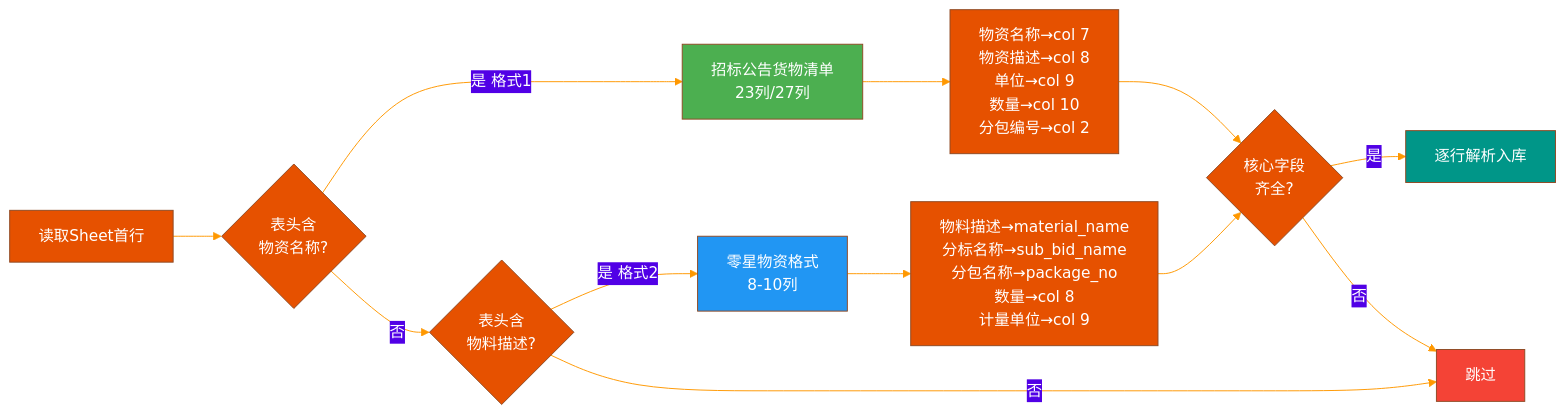
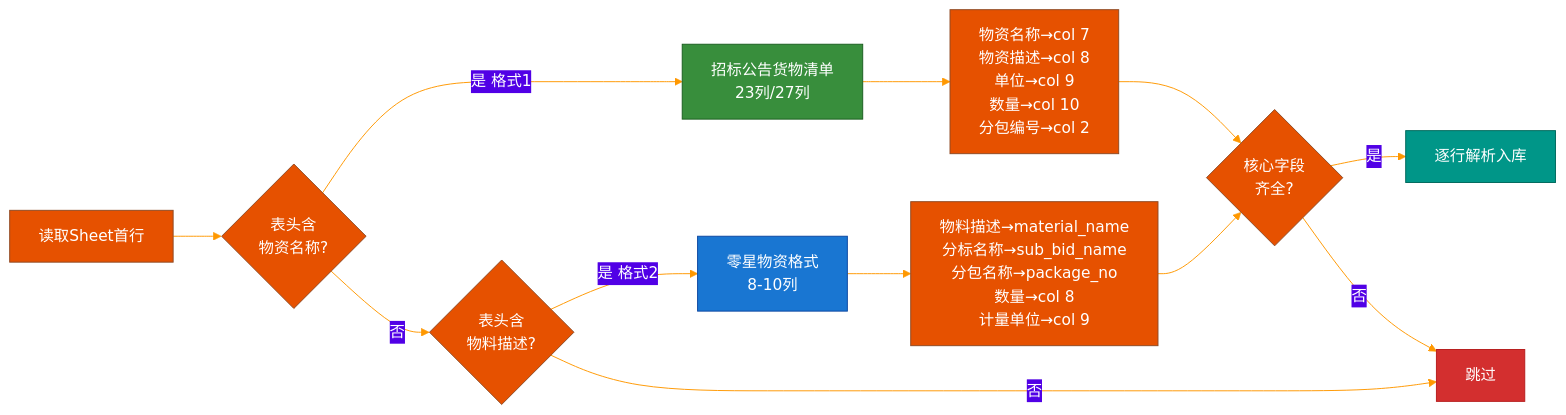
One commit to lilacseeking/bidding-ecp-data changed the third of 6 diagrams in README.md. Above: the diagram before and after it, drawn with Mermaid. The commit also changed other lines of this file, not shown here.

First line of the commit message:
style: mermaid配色加深+添加stroke描边, 提升白色文字可读性

````diff
--- a/README.md
+++ b/README.md
@@ -154,23 +154,23 @@
 ```mermaid
 %%{init: {'theme': 'base', 'themeVariables': { 'primaryColor': '#E65100', 'primaryTextColor': '#fff', 'lineColor': '#FF9800'}}}%%
 graph LR
     A[读取Sheet首行] --> B{表头含<br/>物资名称?}
     B -->|是 格式1| C[招标公告货物清单<br/>23列/27列]
     B -->|否| D{表头含<br/>物料描述?}
     D -->|是 格式2| E[零星物资格式<br/>8-10列]
     D -->|否| F[跳过]
 
     C --> C1[物资名称→col 7<br/>物资描述→col 8<br/>单位→col 9<br/>数量→col 10<br/>分包编号→col 2]
 
     E --> E1[物料描述→material_name<br/>分标名称→sub_bid_name<br/>分包名称→package_no<br/>数量→col 8<br/>计量单位→col 9]
 
     C1 --> G{核心字段<br/>齐全?}
     E1 --> G
     G -->|是| H[逐行解析入库]
     G -->|否| F
 
-    style C fill:#4CAF50,color:#fff
-    style E fill:#2196F3,color:#fff
-    style H fill:#009688,color:#fff
-    style F fill:#F44336,color:#fff
+    style C fill:#388E3C,color:#fff,stroke:#1B5E20
+    style E fill:#1976D2,color:#fff,stroke:#0D47A1
+    style H fill:#009688,color:#fff,stroke:#00695C
+    style F fill:#D32F2F,color:#fff,stroke:#B71C1C
 ```
````
